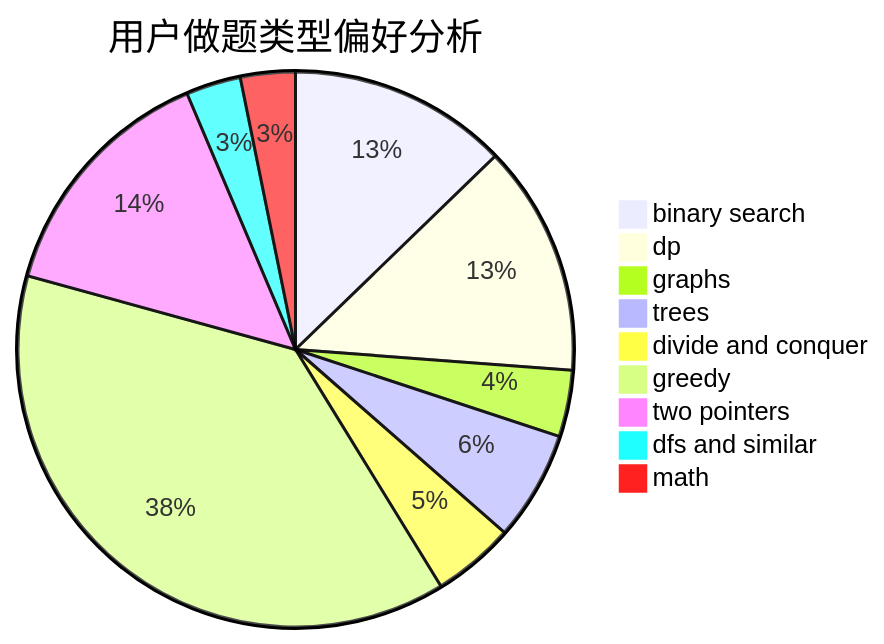
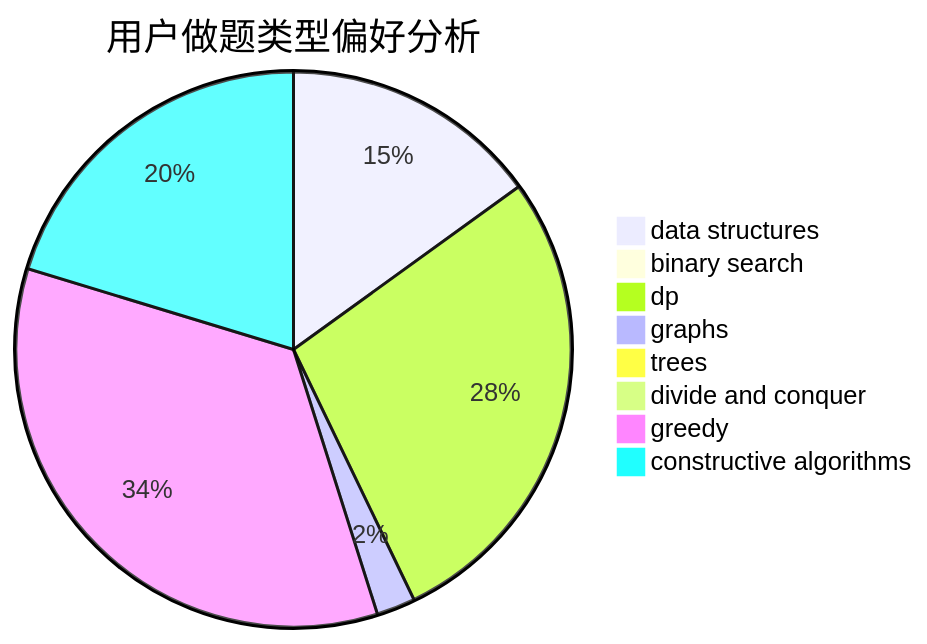
One commit to sherpahu/cfrs.github.io changed the second of 3 diagrams in docs/user/u2479.md. Above: the diagram before and after it, drawn with Mermaid. The commit also changed other lines of this file and 2775 other files, not shown here.

````diff
--- a/docs/user/u2479.md
+++ b/docs/user/u2479.md
@@ -23,12 +23,11 @@
 ```mermaid
 pie title 用户做题类型偏好分析
-    "binary search" :  56
-    "dp" :  59
-    "graphs" :  17
-    "trees" :  28
-    "divide and conquer" :  21
-    "greedy" :  167
-    "two pointers" :  63
-    "dfs and similar" :  14
-    "math" :  14
+    "data structures" :  20
+    "binary search" :  1
+    "dp" :  37
+    "graphs" :  3
+    "trees" :  0
+    "divide and conquer" :  0
+    "greedy" :  46
+    "constructive algorithms" :  27
 ```
````
